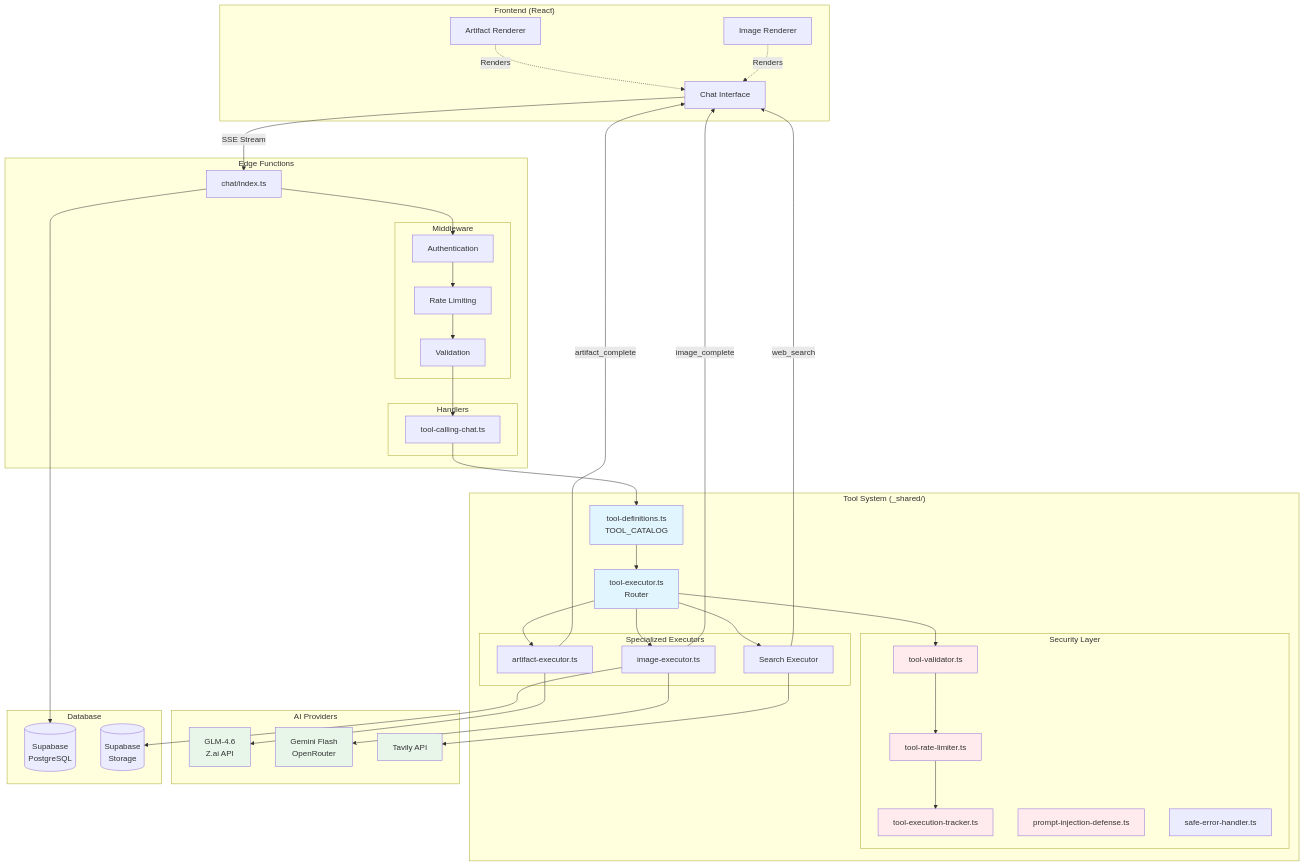
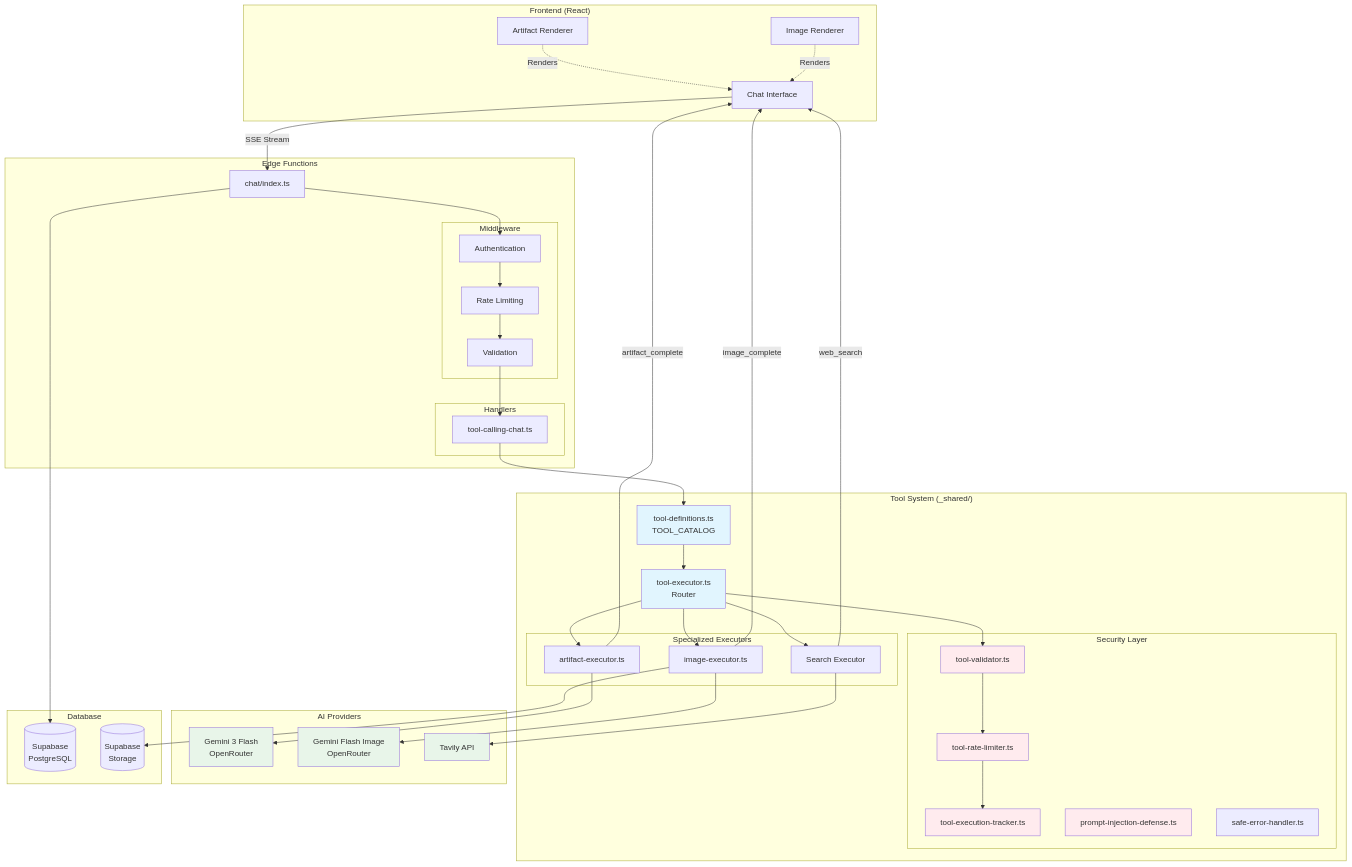
The first of 10 diagrams in docs/UNIFIED_TOOL_ARCHITECTURE.md (NickB03/vana), drawn with Mermaid before and after one commit. The commit also changed other lines of this file and 44 other files, not shown here.

````diff
--- a/docs/UNIFIED_TOOL_ARCHITECTURE.md
+++ b/docs/UNIFIED_TOOL_ARCHITECTURE.md
@@ -63,8 +63,8 @@
     end
 
     subgraph "AI Providers"
-        GLM[GLM-4.6<br/>Z.ai API]
-        GEM[Gemini Flash<br/>OpenRouter]
+        G3F[Gemini 3 Flash<br/>OpenRouter]
+        GIMG[Gemini Flash Image<br/>OpenRouter]
         TAV[Tavily API]
     end
 
@@ -89,8 +89,8 @@
     TE --> IE
     TE --> SE
 
-    AE --> GLM
-    IE --> GEM
+    AE --> G3F
+    IE --> GIMG
     SE --> TAV
 
     AE -->|artifact_complete| UI
@@ -109,7 +109,7 @@
     style TRL fill:#ffebee
     style TET fill:#ffebee
     style PID fill:#ffebee
-    style GLM fill:#e8f5e9
-    style GEM fill:#e8f5e9
+    style G3F fill:#e8f5e9
+    style GIMG fill:#e8f5e9
     style TAV fill:#e8f5e9
 ```
````
